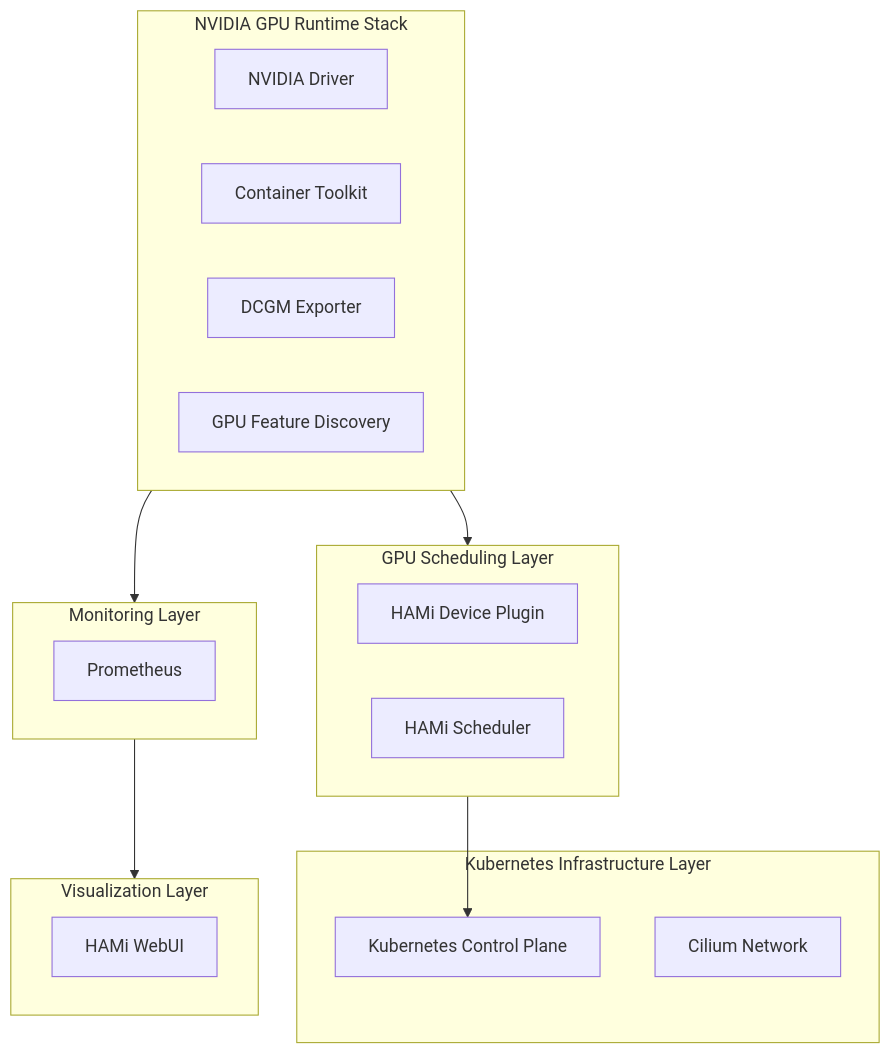
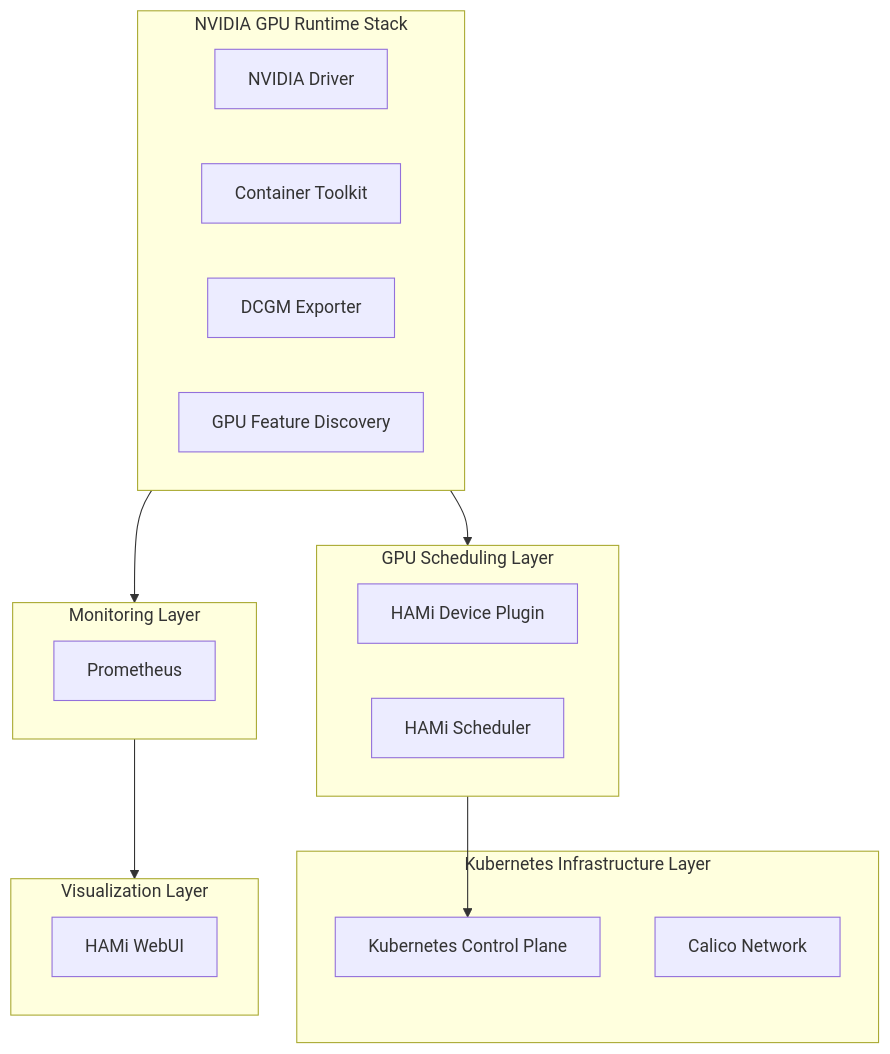
The first of 5 diagrams in docs/concepts/hami-architecture.md (Project-HAMi/hami-workshop), drawn with Mermaid before and after one commit. The commit also changed other lines of this file and 9 other files, not shown here.

````diff
--- a/docs/concepts/hami-architecture.md
+++ b/docs/concepts/hami-architecture.md
@@ -9,28 +9,28 @@
 ```mermaid
 %% title: HAMi Cluster 5-Layer Architecture
 flowchart TB
     subgraph Infra["Kubernetes Infrastructure Layer"]
         K8s["Kubernetes Control Plane"]
-        Cilium["Cilium Network"]
+        Calico["Calico Network"]
     end
     subgraph GPUStack["NVIDIA GPU Runtime Stack"]
         Driver["NVIDIA Driver"]
         Toolkit["Container Toolkit"]
         DCGM["DCGM Exporter"]
         GFD["GPU Feature Discovery"]
     end
     subgraph Scheduler["GPU Scheduling Layer"]
         DevicePlugin["HAMi Device Plugin"]
         SchedulerExt["HAMi Scheduler"]
     end
     subgraph Observe["Monitoring Layer"]
         Prometheus["Prometheus"]
     end
     subgraph UI["Visualization Layer"]
         WebUI["HAMi WebUI"]
     end
     GPUStack --> Scheduler
     Scheduler --> K8s
     GPUStack --> Observe
     Observe --> UI
 ```
````
